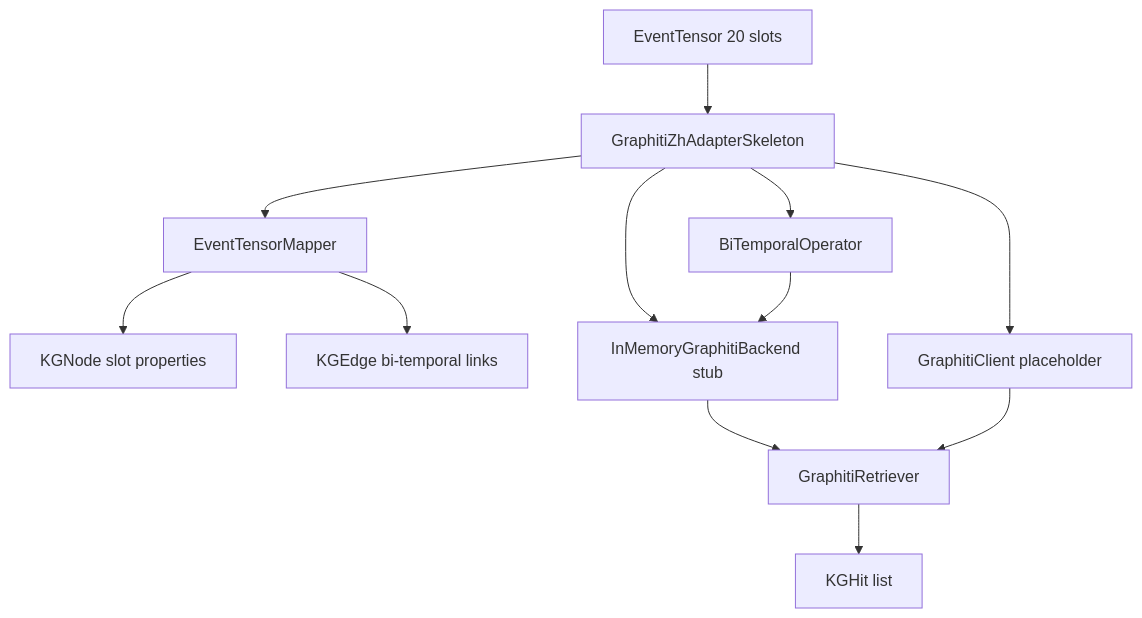
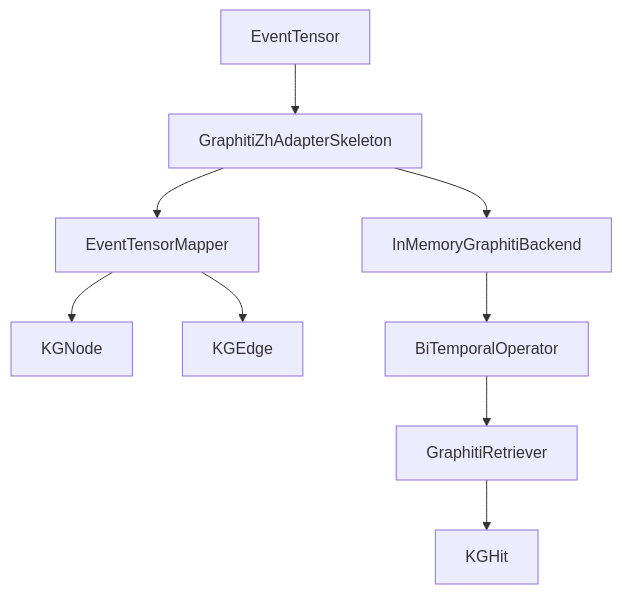
The diagram in graphiti_zh_adapter/README.md (Hahaxiong838383/LnMem), drawn with Mermaid before and after one commit. The commit also changed other lines of this file and 7 other files, not shown here.

First line of the commit message:
feat(graphiti): Phase A InMemory backend 真实化（M0 端到端 demo 基石）

````diff
--- a/graphiti_zh_adapter/README.md
+++ b/graphiti_zh_adapter/README.md
@@ -31,14 +45,11 @@
 ```mermaid
 flowchart TD
-    ET[EventTensor 20 slots] --> A[GraphitiZhAdapterSkeleton]
+    ET[EventTensor] --> A[GraphitiZhAdapterSkeleton]
     A --> M[EventTensorMapper]
-    M --> N[KGNode slot properties]
-    M --> E[KGEdge bi-temporal links]
-    A --> B[InMemoryGraphitiBackend stub]
-    A --> C[GraphitiClient placeholder]
-    B --> R[GraphitiRetriever]
-    C --> R
-    R --> H[KGHit list]
-    A --> T[BiTemporalOperator]
-    T --> B
+    M --> N[KGNode]
+    M --> E[KGEdge]
+    A --> B[InMemoryGraphitiBackend]
+    B --> T[BiTemporalOperator]
+    T --> R[GraphitiRetriever]
+    R --> H[KGHit]
 ```
````
